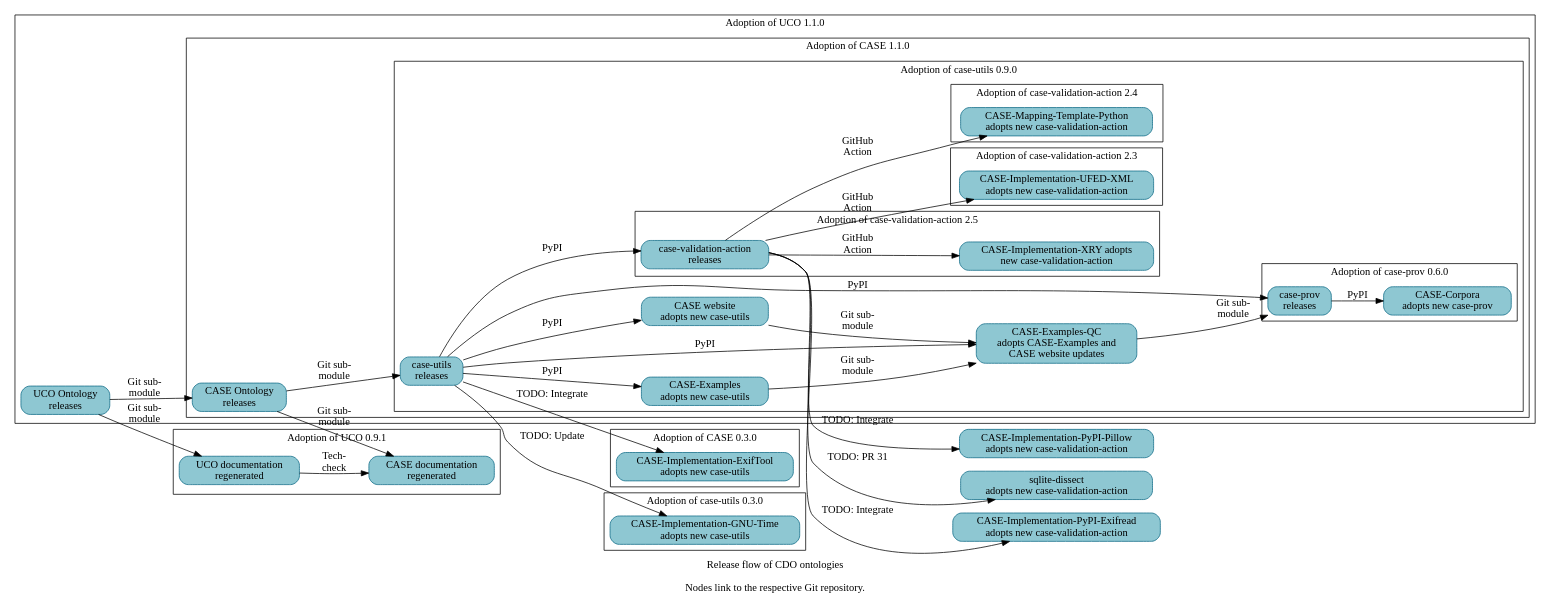
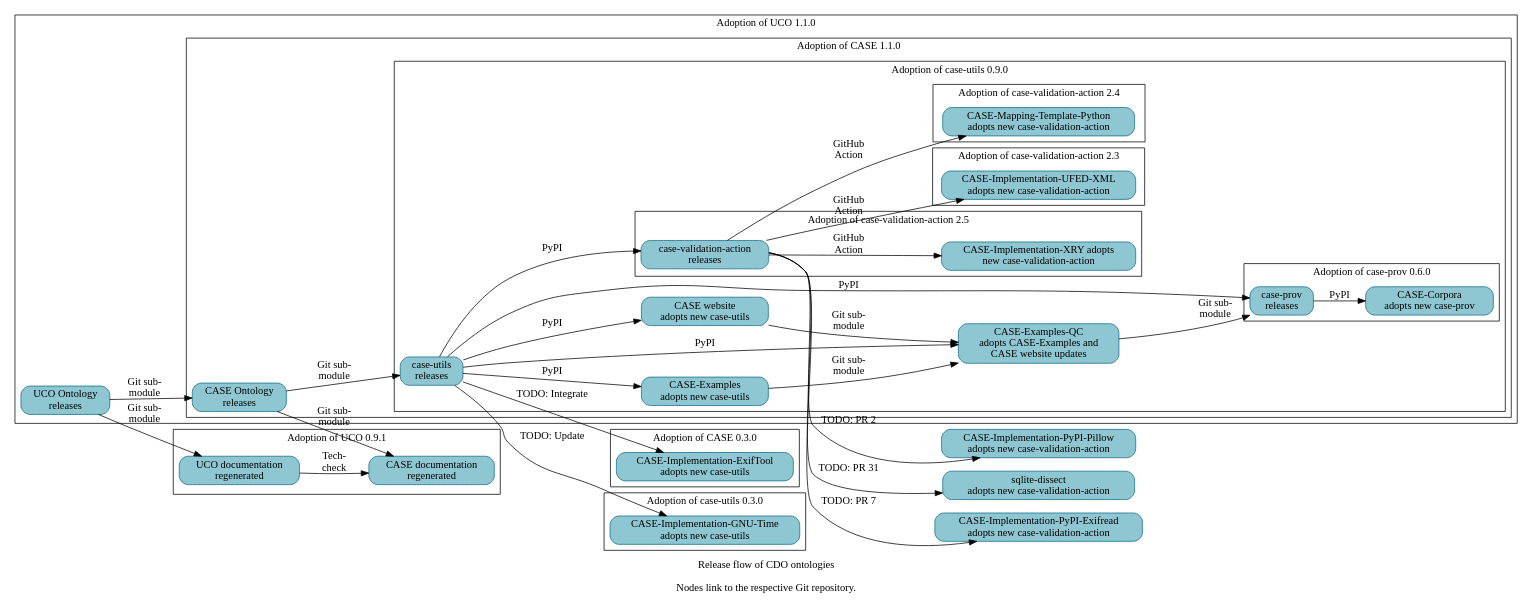
Before and after one commit to Cyber-Domain-Ontology/cdo.github.io: the diagram in resources/project_release_flow.dot, drawn with Graphviz. The commit also changed 1 other file, not shown here.

Commit message:
Update release flow diagram with new adoptions

```diff
--- a/resources/project_release_flow.dot
+++ b/resources/project_release_flow.dot
@@ -1,104 +1,104 @@
 digraph "cdo_release_flow" {
   label = "Release flow of CDO ontologies\n\nNodes link to the respective Git repository." ;
   rankdir = "LR" ;
   node [shape="rectangle" style="filled,rounded" fillcolor="#8EC7D2" color="#0D6986"] ;
 
 
   // Define nodes in their corresponding progress subgraph.
 
   subgraph cluster_case_0_3_0 {
     label = "Adoption of CASE 0.3.0" ;
 
     _GH__CASEWORK__CASE_IMPLEMENTATON_EXIFTOOL [URL="https://github.com/casework/CASE-Implementation-ExifTool" label="CASE-Implementation-ExifTool\nadopts new case-utils"] ;
   }
 
   subgraph cluster_case_utils_0_3_0 {
     label = "Adoption of case-utils 0.3.0" ;
 
     _GH__CASEWORK__CASE_IMPLEMENTATON_GNU_TIME [URL="https://github.com/casework/CASE-Implementation-GNU-Time" label="CASE-Implementation-GNU-Time\nadopts new case-utils"] ;
   }
 
   subgraph cluster_uco_0_9_1 {
     label = "Adoption of UCO 0.9.1" ;
 
     _GH__CASEWORK__ONTOLOGY_CASEONTOLOGY_ORG [URL="https://github.com/casework/ontology.caseontology.org" label="CASE documentation\nregenerated"] ;
     _GH__UCOPROJECT__ONTOLOGY_UNIFIEDCYBERONTOLOGY_ORG [URL="https://github.com/ucoProject/ontology.unifiedcyberontology.org" label="UCO documentation\nregenerated"] ;
   }
   subgraph cluster_uco_1_1_0 {
     label = "Adoption of UCO 1.1.0" ;
 
     _GH__UCOPROJECT__UCO [URL="https://github.com/ucoProject/UCO" label="UCO Ontology\nreleases"] ;
 
     subgraph cluster_case_1_1_0 {
       label = "Adoption of CASE 1.1.0" ;
 
       _GH__CASEWORK__CASE [URL="https://github.com/casework/CASE" label="CASE Ontology\nreleases"] ;
 
       subgraph cluster_case_utils_0_9_0 {
         label = "Adoption of case-utils 0.9.0" ;
 
         _GH__AJNELSON_NIST__CASE_EXAMPLES_QC [URL="https://github.com/ajnelson-nist/CASE-Examples-QC" label="CASE-Examples-QC\nadopts CASE-Examples and\nCASE website updates"] ;
         _GH__CASEWORK__CASE_EXAMPLES [URL="https://github.com/casework/CASE-Examples" label="CASE-Examples\nadopts new case-utils"] ;
         _GH__CASEWORK__CASE_UTILITIES_PYTHON [URL="https://github.com/casework/CASE-Utilities-Python" label="case-utils\nreleases"] ;
         _GH__CASEWORK__CASEWORK_GITHUB_IO [URL="https://github.com/casework/casework.github.io" label="CASE website\nadopts new case-utils"] ;
 
         subgraph cluster_case_prov_0_6_0 {
           label = "Adoption of case-prov 0.6.0" ;
 
           _GH__CASEWORK__CASE_CORPORA [URL="https://github.com/casework/CASE-Corpora" label="CASE-Corpora\nadopts new case-prov"] ;
           _GH__CASEWORK__CASE_IMPLEMENTATON_PROV_O [URL="https://github.com/casework/CASE-Implementation-PROV-O" label="case-prov\nreleases"] ;
         }
 
         subgraph cluster_case_validation_action_2_3 {
           label = "Adoption of case-validation-action 2.3" ;
 
           _GH__CASEWORK__CASE_IMPLEMENTATON_UFED_XML [URL="https://github.com/casework/CASE-Implementation-UFED-XML" label="CASE-Implementation-UFED-XML\nadopts new case-validation-action"] ;
         }
 
         subgraph cluster_case_validation_action_2_4 {
           label = "Adoption of case-validation-action 2.4" ;
 
           _GH__CASEWORK__CASE_MAPPING_TEMPLATE_PYTHON [URL="https://github.com/casework/CASE-Mapping-Template-Python" label="CASE-Mapping-Template-Python\nadopts new case-validation-action"] ;
         }
 
         subgraph cluster_case_validation_action_2_5 {
           label = "Adoption of case-validation-action 2.5" ;
 
           _GH__CASEWORK__CASE_IMPLEMENTATON_XRY [URL="https://github.com/casework/CASE-Implementation-XRY" label="CASE-Implementation-XRY adopts\nnew case-validation-action"] ;
           _GH__KCHASON__CASE_VALIDATION_ACTION [URL="https://github.com/kchason/case-validation-action" label="case-validation-action\nreleases"] ;
         }
       }
     }
   }
 
   _GH__CASEWORK__CASE_IMPLEMENTATON_PYPI_EXIFREAD [URL="https://github.com/casework/CASE-Implementation-PyPI-Exifread" label="CASE-Implementation-PyPI-Exifread\nadopts new case-validation-action"] ;
   _GH__CASEWORK__CASE_IMPLEMENTATON_PYPI_PILLOW [URL="https://github.com/casework/CASE-Implementation-PyPI-Pillow" label="CASE-Implementation-PyPI-Pillow\nadopts new case-validation-action"] ;
   _GH__DOD_CYBER_CRIME_CENTER__SQLITE_DISSECT [URL="https://github.com/dod-cyber-crime-center/sqlite-dissect" label="sqlite-dissect\nadopts new case-validation-action"] ;
 
 
   // Begin edges
 
   _GH__AJNELSON_NIST__CASE_EXAMPLES_QC -> _GH__CASEWORK__CASE_IMPLEMENTATON_PROV_O [label="Git sub-\nmodule"] ;
   _GH__CASEWORK__CASE -> _GH__CASEWORK__CASE_UTILITIES_PYTHON [label="Git sub-\nmodule"] ;
   _GH__CASEWORK__CASE -> _GH__CASEWORK__ONTOLOGY_CASEONTOLOGY_ORG [label="Git sub-\nmodule"] ; 
   _GH__CASEWORK__CASE_EXAMPLES -> _GH__AJNELSON_NIST__CASE_EXAMPLES_QC [label="Git sub-\nmodule"] ;
   _GH__CASEWORK__CASE_IMPLEMENTATON_PROV_O -> _GH__CASEWORK__CASE_CORPORA [label="PyPI"] ;
   _GH__CASEWORK__CASE_UTILITIES_PYTHON -> _GH__AJNELSON_NIST__CASE_EXAMPLES_QC [label="PyPI"] ;
   _GH__CASEWORK__CASE_UTILITIES_PYTHON -> _GH__CASEWORK__CASE_EXAMPLES [label="PyPI"] ;
   _GH__CASEWORK__CASE_UTILITIES_PYTHON -> _GH__CASEWORK__CASE_IMPLEMENTATON_EXIFTOOL [label="TODO: Integrate"] ;
   _GH__CASEWORK__CASE_UTILITIES_PYTHON -> _GH__CASEWORK__CASE_IMPLEMENTATON_GNU_TIME [label="TODO: Update"] ;
   _GH__CASEWORK__CASE_UTILITIES_PYTHON -> _GH__CASEWORK__CASE_IMPLEMENTATON_PROV_O [label="PyPI"] ;
   _GH__CASEWORK__CASE_UTILITIES_PYTHON -> _GH__KCHASON__CASE_VALIDATION_ACTION [label="PyPI"] ;
   _GH__CASEWORK__CASE_UTILITIES_PYTHON -> _GH__CASEWORK__CASEWORK_GITHUB_IO [label="PyPI"] ;
   _GH__CASEWORK__CASEWORK_GITHUB_IO -> _GH__AJNELSON_NIST__CASE_EXAMPLES_QC [label="Git sub-\nmodule"] ;
   _GH__KCHASON__CASE_VALIDATION_ACTION -> _GH__DOD_CYBER_CRIME_CENTER__SQLITE_DISSECT [URL="https://github.com/dod-cyber-crime-center/sqlite-dissect/pull/31" label="TODO: PR 31"] ;
-  _GH__KCHASON__CASE_VALIDATION_ACTION -> _GH__CASEWORK__CASE_IMPLEMENTATON_PYPI_EXIFREAD [label="TODO: Integrate"] ;
-  _GH__KCHASON__CASE_VALIDATION_ACTION -> _GH__CASEWORK__CASE_IMPLEMENTATON_PYPI_PILLOW [label="TODO: Integrate"] ;
+  _GH__KCHASON__CASE_VALIDATION_ACTION -> _GH__CASEWORK__CASE_IMPLEMENTATON_PYPI_EXIFREAD [URL="https://github.com/casework/CASE-Implementation-PyPI-Exifread/pull/7" label="TODO: PR 7"] ;
+  _GH__KCHASON__CASE_VALIDATION_ACTION -> _GH__CASEWORK__CASE_IMPLEMENTATON_PYPI_PILLOW [URL="https://github.com/casework/CASE-Implementation-PyPI-Pillow/pull/2" label="TODO: PR 2"] ;
   _GH__KCHASON__CASE_VALIDATION_ACTION -> _GH__CASEWORK__CASE_IMPLEMENTATON_UFED_XML [label="GitHub\nAction"] ;
   _GH__KCHASON__CASE_VALIDATION_ACTION -> _GH__CASEWORK__CASE_IMPLEMENTATON_XRY [label="GitHub\nAction"] ;
   _GH__KCHASON__CASE_VALIDATION_ACTION -> _GH__CASEWORK__CASE_MAPPING_TEMPLATE_PYTHON [label="GitHub\nAction"] ;
   _GH__UCOPROJECT__ONTOLOGY_UNIFIEDCYBERONTOLOGY_ORG -> _GH__CASEWORK__ONTOLOGY_CASEONTOLOGY_ORG [label="Tech-\ncheck"];
   _GH__UCOPROJECT__UCO -> _GH__CASEWORK__CASE [label="Git sub-\nmodule"] ;
   _GH__UCOPROJECT__UCO -> _GH__UCOPROJECT__ONTOLOGY_UNIFIEDCYBERONTOLOGY_ORG [label="Git sub-\nmodule"] ;
 
 }
```
